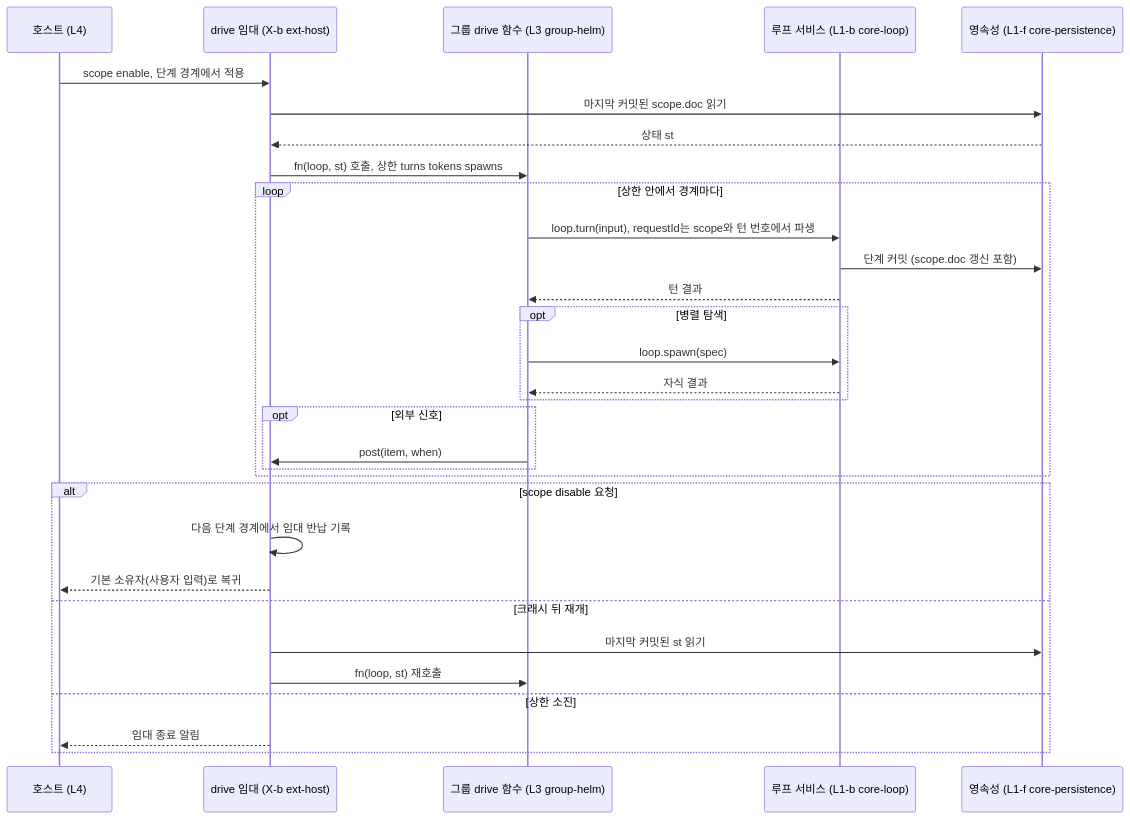
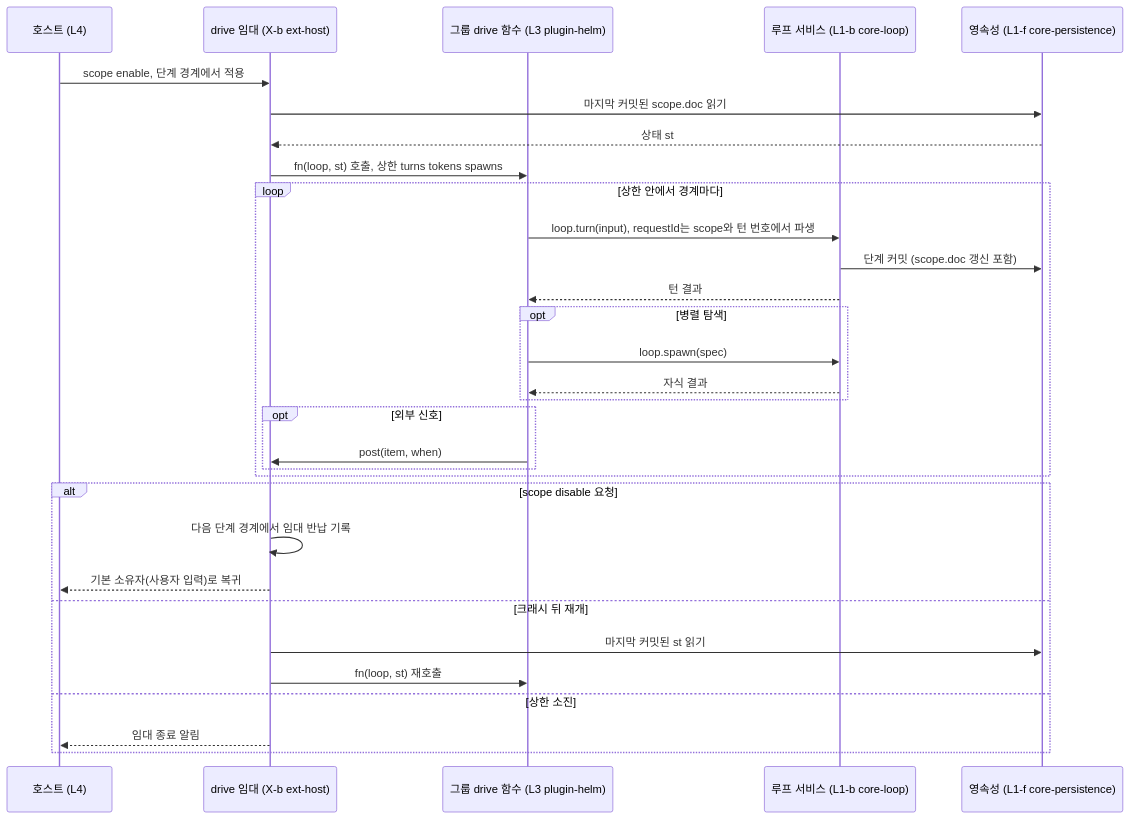
The second of 3 diagrams in docs/xeon/architecture/runtime-flow/design.md (Rengod95/Helm-Agent_Docs_OS), drawn with Mermaid before and after one commit. The commit also changed other lines of this file and 538 other files, not shown here.

First line of the commit message:
fresnel(group): 패키지와 폴더 이름을 바꾼다: group-sdk → orchestration-sdk, group-<이름> → plugin-<이름>, 템플릿 @fresnel/plugin-__ID__ (AGE-33)

````diff
--- a/docs/xeon/architecture/runtime-flow/design.md
+++ b/docs/xeon/architecture/runtime-flow/design.md
@@ -149,34 +149,34 @@
 ```mermaid
 sequenceDiagram
   participant HOST as 호스트 (L4)
   participant LEASE as drive 임대 (X-b ext-host)
-  participant GRP as 그룹 drive 함수 (L3 group-helm)
+  participant GRP as 그룹 drive 함수 (L3 plugin-helm)
   participant LP as 루프 서비스 (L1-b core-loop)
   participant PERS as 영속성 (L1-f core-persistence)
 
   HOST->>LEASE: scope enable, 단계 경계에서 적용
   LEASE->>PERS: 마지막 커밋된 scope.doc 읽기
   PERS-->>LEASE: 상태 st
   LEASE->>GRP: fn(loop, st) 호출, 상한 turns tokens spawns
   loop 상한 안에서 경계마다
     GRP->>LP: loop.turn(input), requestId는 scope와 턴 번호에서 파생
     LP->>PERS: 단계 커밋 (scope.doc 갱신 포함)
     LP-->>GRP: 턴 결과
     opt 병렬 탐색
       GRP->>LP: loop.spawn(spec)
       LP-->>GRP: 자식 결과
     end
     opt 외부 신호
       GRP->>LEASE: post(item, when)
     end
   end
   alt scope disable 요청
     LEASE->>LEASE: 다음 단계 경계에서 임대 반납 기록
     LEASE-->>HOST: 기본 소유자(사용자 입력)로 복귀
   else 크래시 뒤 재개
     LEASE->>PERS: 마지막 커밋된 st 읽기
     LEASE->>GRP: fn(loop, st) 재호출
   else 상한 소진
     LEASE-->>HOST: 임대 종료 알림
   end
 ```
````
